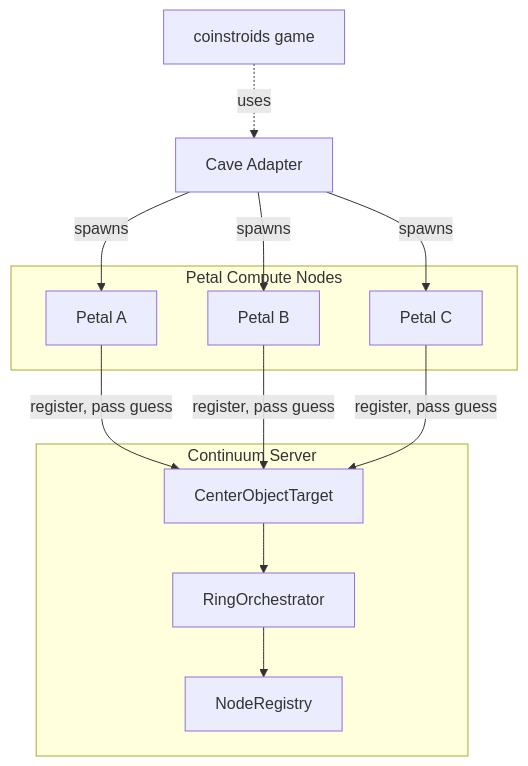
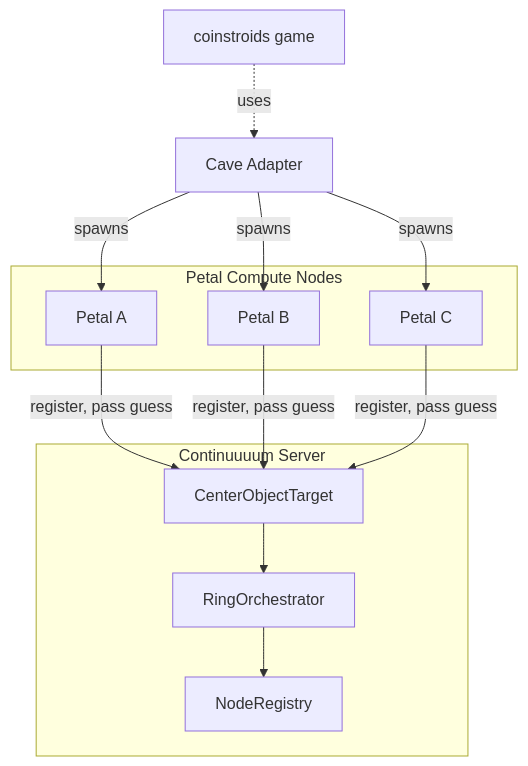
One commit to john-holland/continuuuum changed the first of 2 diagrams in docs/ENTROPYTHIEF_RING_ARCHITECTURE.md. Above: the diagram before and after it, drawn with Mermaid. The commit also changed other lines of this file and 53 other files, not shown here.

First line of the commit message:
continuuuum: rebrand library server paths and env vars.

````diff
--- a/docs/ENTROPYTHIEF_RING_ARCHITECTURE.md
+++ b/docs/ENTROPYTHIEF_RING_ARCHITECTURE.md
@@ -7,26 +7,26 @@
 ```mermaid
 flowchart TB
-  subgraph continuum [Continuum Server]
+  subgraph continuuuum [Continuuuum Server]
     CenterTarget[CenterObjectTarget]
     RingOrch[RingOrchestrator]
     NodeReg[NodeRegistry]
     CenterTarget --> RingOrch
     RingOrch --> NodeReg
   end
 
   subgraph petals [Petal Compute Nodes]
     P1[Petal A]
     P2[Petal B]
     P3[Petal C]
   end
 
   CaveAdapter[Cave Adapter] -->|spawns| P1
   CaveAdapter -->|spawns| P2
   CaveAdapter -->|spawns| P3
 
   P1 -->|register, pass guess| CenterTarget
   P2 -->|register, pass guess| CenterTarget
   P3 -->|register, pass guess| CenterTarget
 
   Coinstroids[coinstroids game] -.->|uses| CaveAdapter
 ```
````
